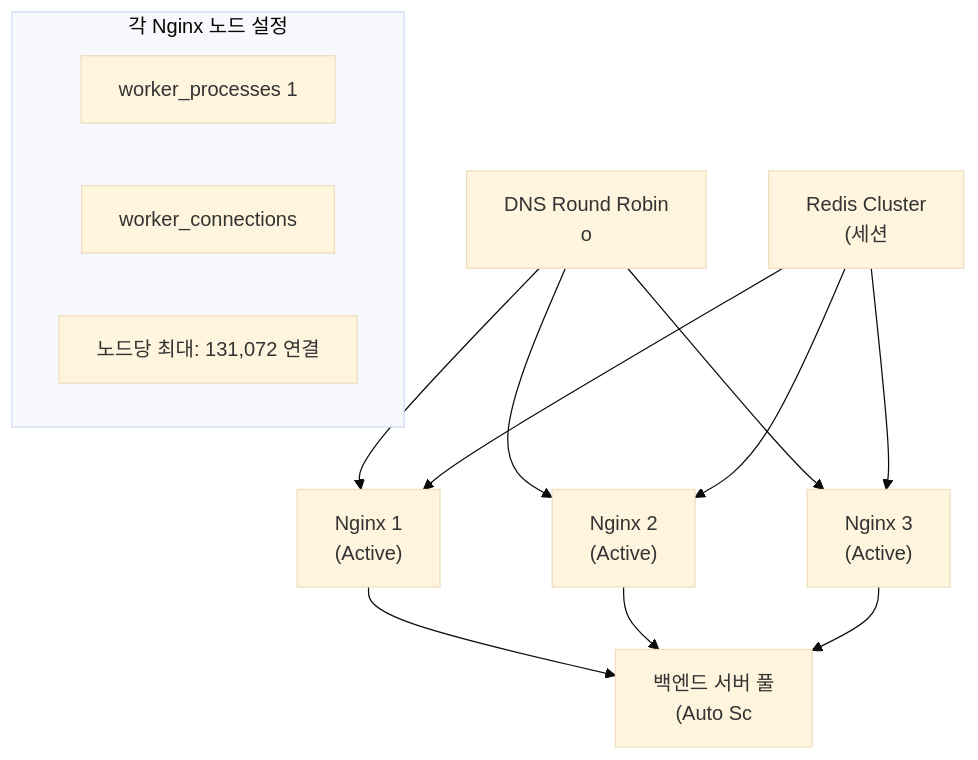
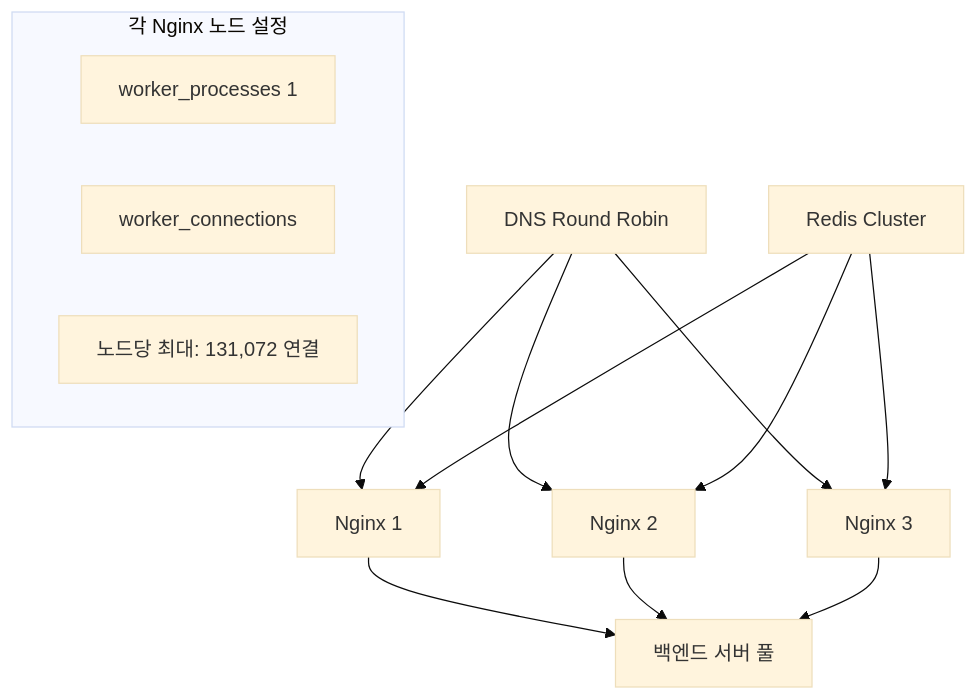
Diagram 18 of 18 in _posts/server/2026-05-01-nginx.md (yjkim2015/yjkim2015.github.io), drawn with Mermaid (base theme) before and after one commit. The commit also changed other lines of this file and 217 other files, not shown here.

First line of the commit message:
Mermaid 크기 수정: useMaxWidth:true + SVG max-width:100% + 라벨 축소

````diff
--- a/_posts/server/2026-05-01-nginx.md
+++ b/_posts/server/2026-05-01-nginx.md
@@ -1115,13 +1115,13 @@
 ```mermaid
 graph TD
-    DNS["DNS Round Robin\no"] --> N1["Nginx 1\n(Active)"]
-    DNS --> N2["Nginx 2\n(Active)"]
-    DNS --> N3["Nginx 3\n(Active)"]
-    N1 & N2 & N3 --> UPSTREAM["백엔드 서버 풀\n(Auto Sc"]
-    CACHE["Redis Cluster\n(세션"] --> N1 & N2 & N3
+    DNS["DNS Round Robin"] --> N1["Nginx 1"]
+    DNS --> N2["Nginx 2"]
+    DNS --> N3["Nginx 3"]
+    N1 & N2 & N3 --> UPSTREAM["백엔드 서버 풀"]
+    CACHE["Redis Cluster"] --> N1 & N2 & N3
     subgraph "각 Nginx 노드 설정"
         WP["worker_processes 1"]
         WC["worker_connections"]
         TOTAL["노드당 최대: 131,072 연결"]
     end
 ```
````
